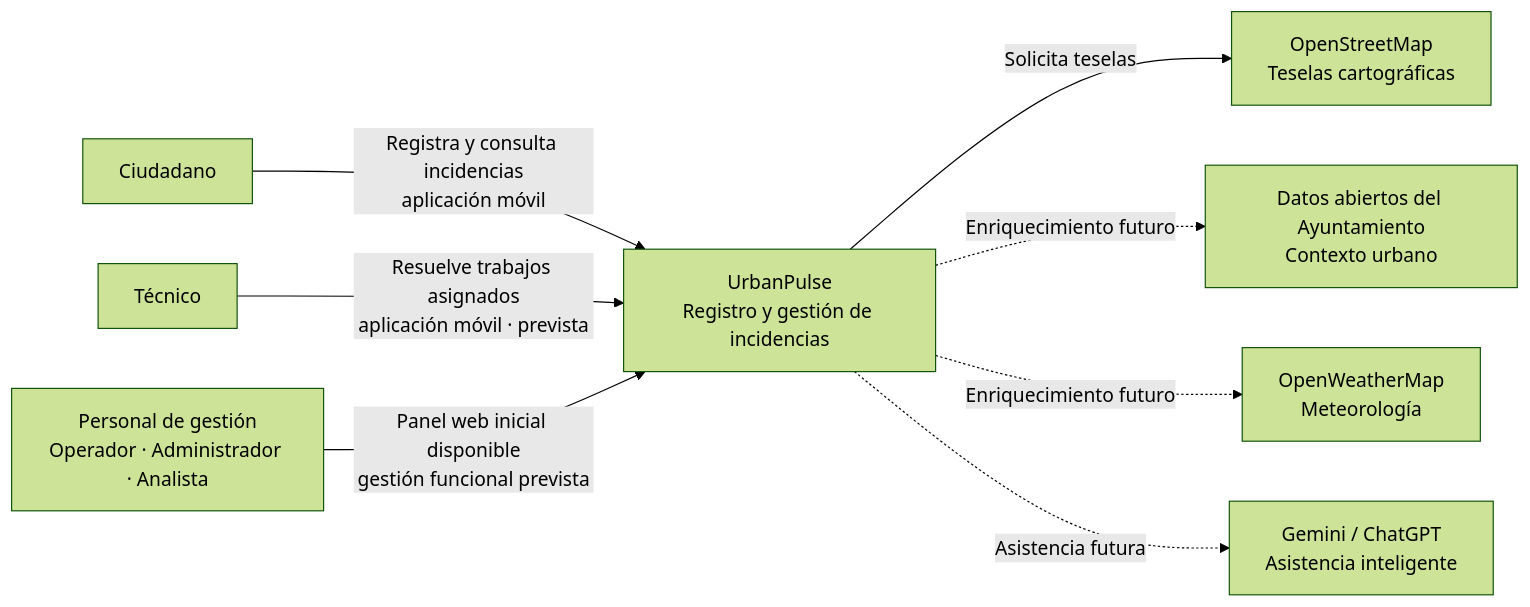
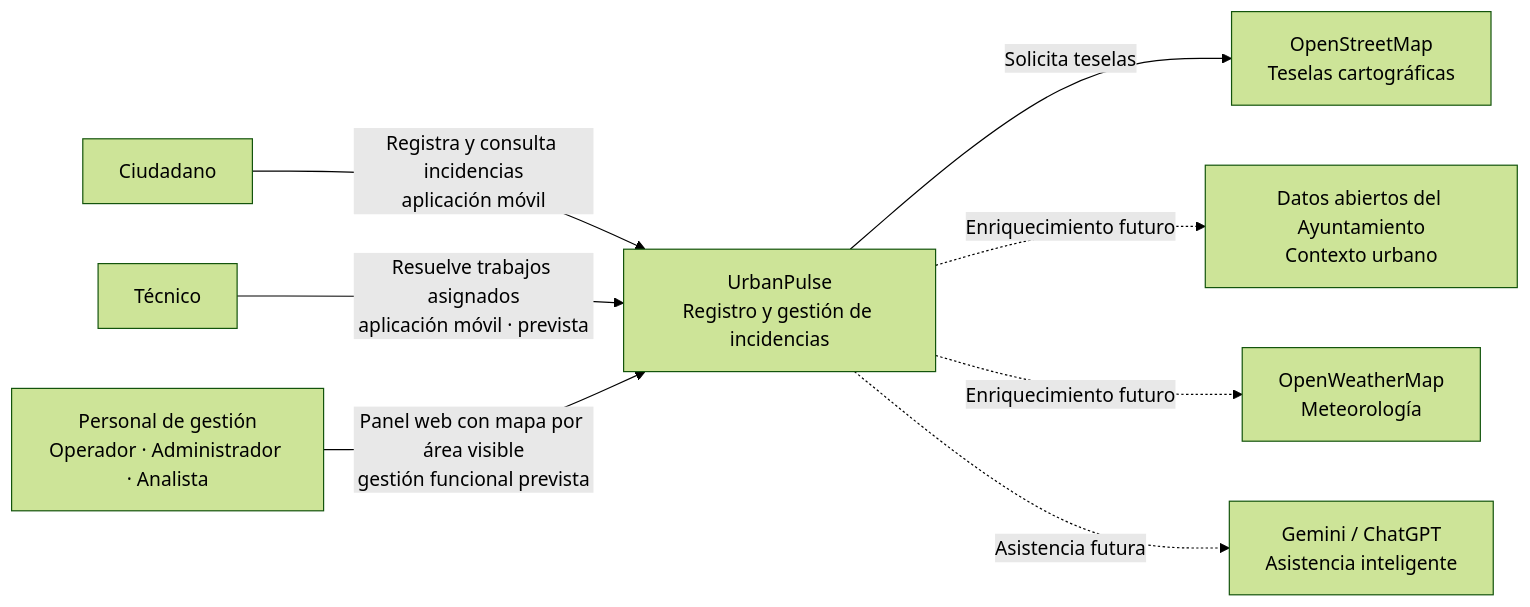
One commit to grupo-14-UMA/urbanpulse-incident-manager changed the first of 3 diagrams in docs/architecture.md. Above: the diagram before and after it, drawn with Mermaid (forest theme). The commit also changed other lines of this file and 19 other files, not shown here.

````diff
--- a/docs/architecture.md
+++ b/docs/architecture.md
@@ -13,20 +13,20 @@
 ```mermaid
 flowchart LR
     citizen[Ciudadano]
     technician[Técnico]
     staff[Personal de gestión<br/>Operador · Administrador · Analista]
     urbanpulse[UrbanPulse<br/>Registro y gestión de incidencias]
 
     osm[OpenStreetMap<br/>Teselas cartográficas]
     openData[Datos abiertos del Ayuntamiento<br/>Contexto urbano]
     weather[OpenWeatherMap<br/>Meteorología]
     ai[Gemini / ChatGPT<br/>Asistencia inteligente]
 
     citizen -->|Registra y consulta incidencias<br/>aplicación móvil| urbanpulse
     technician -->|Resuelve trabajos asignados<br/>aplicación móvil · prevista| urbanpulse
-    staff -->|Panel web inicial disponible<br/>gestión funcional prevista| urbanpulse
+    staff -->|Panel web con mapa por área visible<br/>gestión funcional prevista| urbanpulse
     urbanpulse -->|Solicita teselas| osm
     urbanpulse -.->|Enriquecimiento futuro| openData
     urbanpulse -.->|Enriquecimiento futuro| weather
     urbanpulse -.->|Asistencia futura| ai
 ```
````
